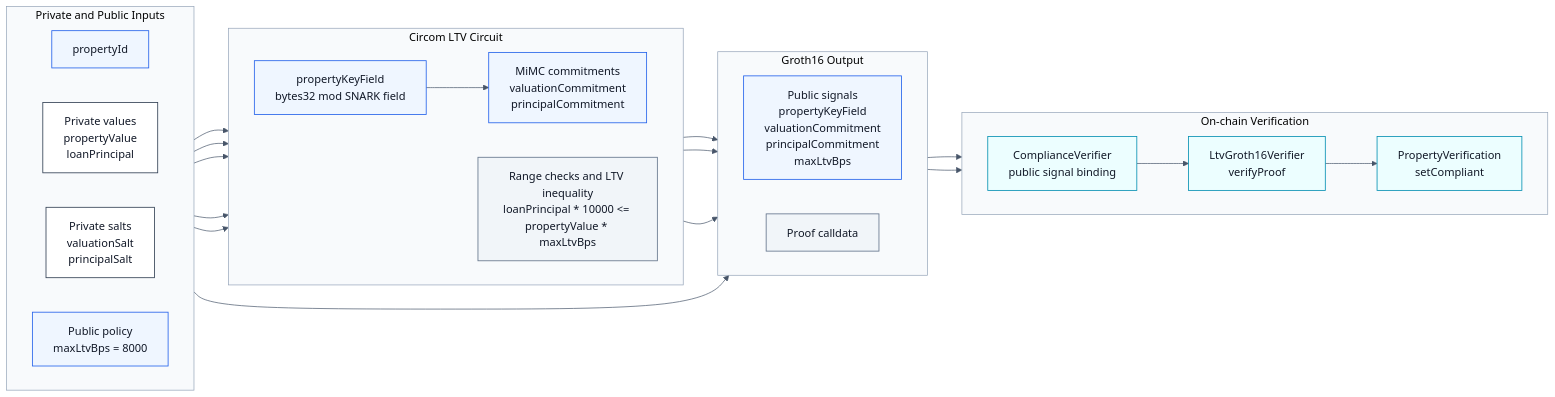
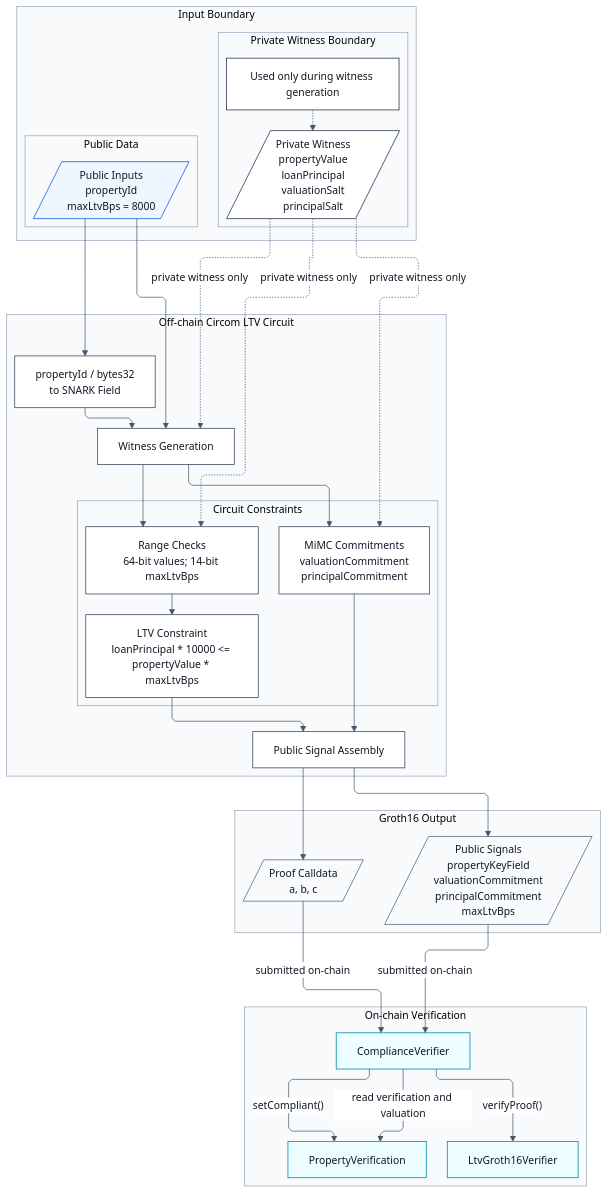
Before and after one commit to Alan42x/proofestate: the diagram in docs/figures/04-zk-proof-workflow.mmd, drawn with Mermaid. The commit also changed 15 other files, not shown here.

```diff
--- a/docs/figures/04-zk-proof-workflow.mmd
+++ b/docs/figures/04-zk-proof-workflow.mmd
@@ -1,52 +1,74 @@
-%%{init: {"theme": "base", "themeVariables": {"fontFamily": "Arial", "fontSize": "16px", "primaryColor": "#f8fafc", "primaryTextColor": "#111827", "primaryBorderColor": "#64748b", "lineColor": "#475569", "clusterBkg": "#f8fafc", "clusterBorder": "#94a3b8", "edgeLabelBackground": "#ffffff"}}}%%
-flowchart LR
-  subgraph Inputs["Private and Public Inputs"]
+%%{init: {"theme": "base", "flowchart": {"defaultRenderer": "elk", "curve": "linear", "nodeSpacing": 56, "rankSpacing": 78, "wrappingWidth": 190, "diagramPadding": 18}, "elk": {"mergeEdges": false, "nodePlacementStrategy": "NETWORK_SIMPLEX", "nodePlacementAlignment": "BALANCED"}, "themeVariables": {"fontFamily": "Arial", "fontSize": "15px", "primaryColor": "#ffffff", "primaryTextColor": "#111827", "primaryBorderColor": "#64748b", "lineColor": "#475569", "clusterBkg": "#f8fafc", "clusterBorder": "#94a3b8", "edgeLabelBackground": "#ffffff"}}}%%
+flowchart TB
+  subgraph Inputs["Input Boundary"]
     direction LR
-    Property["propertyId"]
-    PrivateValues["Private values\npropertyValue\nloanPrincipal"]
-    Salts["Private salts\nvaluationSalt\nprincipalSalt"]
-    Max["Public policy\nmaxLtvBps = 8000"]
+    subgraph PublicData["Public Data"]
+      direction TB
+      PublicInputs[/Public Inputs<br/>propertyId<br/>maxLtvBps = 8000/]
+    end
+
+    subgraph PrivacyBoundary["Private Witness Boundary"]
+      direction TB
+      PrivateWitness[/Private Witness<br/>propertyValue<br/>loanPrincipal<br/>valuationSalt<br/>principalSalt/]
+      WitnessNote["Used only during witness generation"]
+    end
   end
 
-  subgraph Circuit["Circom LTV Circuit"]
-    direction LR
-    Field["propertyKeyField\nbytes32 mod SNARK field"]
-    Commitments["MiMC commitments\nvaluationCommitment\nprincipalCommitment"]
-    Constraint["Range checks and LTV inequality\nloanPrincipal * 10000 <= propertyValue * maxLtvBps"]
+  subgraph OffChainCircuit["Off-chain Circom LTV Circuit"]
+    direction TB
+    FieldMap["propertyId / bytes32<br/>to SNARK Field"]
+    WitnessGen["Witness Generation"]
+    subgraph Constraints["Circuit Constraints"]
+      direction LR
+      Commitments["MiMC Commitments<br/>valuationCommitment<br/>principalCommitment"]
+      RangeChecks["Range Checks<br/>64-bit values; 14-bit maxLtvBps"]
+      LtvConstraint["LTV Constraint<br/>loanPrincipal * 10000 <= propertyValue * maxLtvBps"]
+    end
+    SignalAssembly["Public Signal Assembly"]
   end
 
-  subgraph ProofSystem["Groth16 Output"]
+  subgraph Output["Groth16 Output"]
     direction LR
-    Signals["Public signals\npropertyKeyField\nvaluationCommitment\nprincipalCommitment\nmaxLtvBps"]
-    Proof["Proof calldata"]
+    PublicSignals[/Public Signals<br/>propertyKeyField<br/>valuationCommitment<br/>principalCommitment<br/>maxLtvBps/]
+    ProofCalldata[/Proof Calldata<br/>a, b, c/]
   end
 
   subgraph OnChain["On-chain Verification"]
     direction LR
-    Binding["ComplianceVerifier\npublic signal binding"]
-    Verifier["LtvGroth16Verifier\nverifyProof"]
-    State["PropertyVerification\nsetCompliant"]
+    ComplianceVerifier["ComplianceVerifier"]
+    LtvGroth16Verifier["LtvGroth16Verifier"]
+    PropertyVerification["PropertyVerification"]
   end
 
-  Property --> Field
-  PrivateValues --> Commitments
-  Salts --> Commitments
-  Field --> Commitments
-  PrivateValues --> Constraint
-  Max --> Constraint
-  Field --> Signals
-  Commitments --> Signals
-  Max --> Signals
-  Constraint --> Proof
-  Signals --> Binding
-  Proof --> Binding
-  Binding --> Verifier --> State
+  PublicInputs --> FieldMap
+  PublicInputs --> WitnessGen
+  PrivateWitness -.->|private witness only| WitnessGen
+  PrivateWitness -.->|private witness only| Commitments
+  PrivateWitness -.->|private witness only| RangeChecks
+  WitnessNote -.-> PrivateWitness
 
-  classDef private fill:#ffffff,stroke:#334155,stroke-width:1.2px,color:#111827;
-  classDef public fill:#eff6ff,stroke:#2563eb,stroke-width:1.2px,color:#111827;
-  classDef proof fill:#f1f5f9,stroke:#64748b,stroke-width:1.2px,color:#111827;
+  FieldMap --> WitnessGen
+  WitnessGen --> Commitments
+  WitnessGen --> RangeChecks
+  RangeChecks --> LtvConstraint
+  Commitments --> SignalAssembly
+  LtvConstraint --> SignalAssembly
+  SignalAssembly --> PublicSignals
+  SignalAssembly --> ProofCalldata
+
+  PublicSignals -->|submitted on-chain| ComplianceVerifier
+  ProofCalldata -->|submitted on-chain| ComplianceVerifier
+  ComplianceVerifier -->|"verifyProof()"| LtvGroth16Verifier
+  ComplianceVerifier -->|read verification and valuation| PropertyVerification
+  ComplianceVerifier -->|"setCompliant()"| PropertyVerification
+
+  classDef publicData fill:#eff6ff,stroke:#2563eb,stroke-width:1.2px,color:#111827;
+  classDef privateData fill:#ffffff,stroke:#334155,stroke-width:1.2px,color:#111827;
+  classDef process fill:#ffffff,stroke:#475569,stroke-width:1.2px,color:#111827;
+  classDef output fill:#f8fafc,stroke:#64748b,stroke-width:1.2px,color:#111827;
   classDef chain fill:#ecfeff,stroke:#0891b2,stroke-width:1.2px,color:#111827;
-  class PrivateValues,Salts private;
-  class Property,Max,Field,Commitments,Signals public;
-  class Constraint,Proof proof;
-  class Binding,Verifier,State chain;
+  class PublicInputs publicData;
+  class PrivateWitness,WitnessNote privateData;
+  class FieldMap,WitnessGen,Commitments,RangeChecks,LtvConstraint,SignalAssembly process;
+  class PublicSignals,ProofCalldata output;
+  class ComplianceVerifier,LtvGroth16Verifier,PropertyVerification chain;
```
